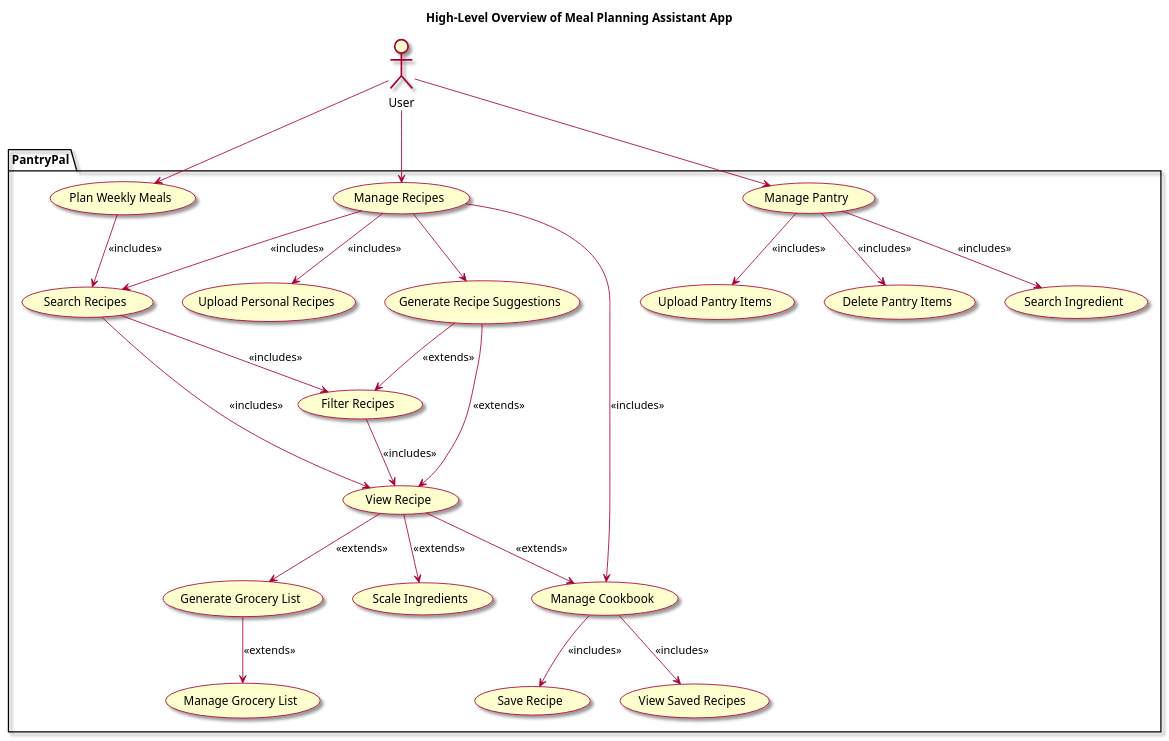
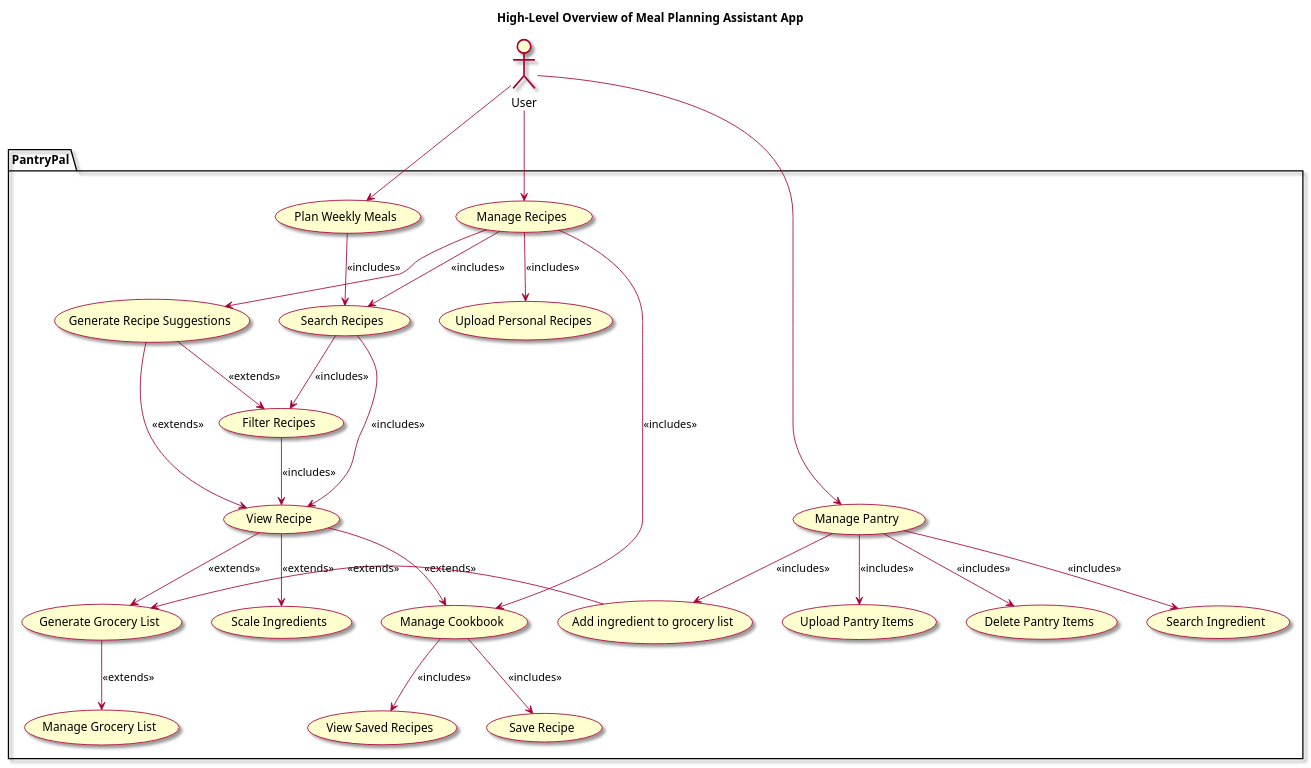
One commit to berthashipper/Pantry-Pal-Android-Application changed the diagram in intellij/doc/vision.md. Above: the diagram before and after it, drawn with PlantUML. The commit also changed 1 other file, not shown here.

Commit message:
Updated sequence diagrams from feedback in manage_pantry

````diff
--- a/intellij/doc/vision.md
+++ b/intellij/doc/vision.md
@@ -27,65 +27,68 @@
 ```plantuml
 @startuml
 skin rose
 
 title High-Level Overview of Meal Planning Assistant App
 
 ' Human actor
 actor "User" as user
 
 
 ' List all use cases in package
 package PantryPal {
     usecase "Manage Pantry" as managepantry
    
     usecase "Upload Pantry Items" as uploadPantryItems
     usecase "Generate Recipe Suggestions" as generateRecipeSuggestions
     usecase "Filter Recipes" as filterRecipes
     usecase "Scale Ingredients" as scaleIngredients
     usecase "Upload Personal Recipes" as uploadPersonalRecipes
     usecase "Plan Weekly Meals" as planWeeklyMeals
     usecase "Generate Grocery List" as generateGroceryList
     usecase "Search Recipes" as searchRecipes
     usecase "Delete Pantry Items" as deletePantryItems
     usecase "View Recipe" as view    
     usecase "Manage Grocery List" as managegl
     usecase "Manage Recipes" as manager
     usecase "Save Recipe" as saver
     usecase "Manage Cookbook" as cookbook
     usecase "View Saved Recipes" as viewsr
     usecase "Search Ingredient" as searching
+    usecase "Add ingredient to grocery list" as addingr
     
 }
 
 ' Associations
 user --> managepantry
 managepantry -down-> uploadPantryItems: <<includes>>
 managepantry -down-> deletePantryItems: <<includes>>
 
 user --> manager
 manager --> searchRecipes: <<includes>>
 manager --> uploadPersonalRecipes: <<includes>>
 manager -> generateRecipeSuggestions <<extends>>
 
 searchRecipes -down-> filterRecipes: <<includes>>
 generateRecipeSuggestions -down-> view: <<extends>>
 generateRecipeSuggestions -down-> filterRecipes: <<extends>>
 filterRecipes -down-> view: <<includes>>
 
 user --> planWeeklyMeals
 planWeeklyMeals -down-> searchRecipes: <<includes>>
 
 searchRecipes --> view: <<includes>>
 view --> scaleIngredients: <<extends>>
 
 view --> generateGroceryList: <<extends>>
 generateGroceryList --> managegl: <<extends>>
 view --> cookbook: <<extends>>
 cookbook --> saver: <<includes>>
 cookbook --> viewsr: <<includes>>
 manager -down--> cookbook: <<includes>>
 managepantry --> searching: <<includes>>
+managepantry --> addingr: <<includes>>
+addingr -left-> generateGroceryList: <<extends>>
 
 
 @enduml
 ```
````
